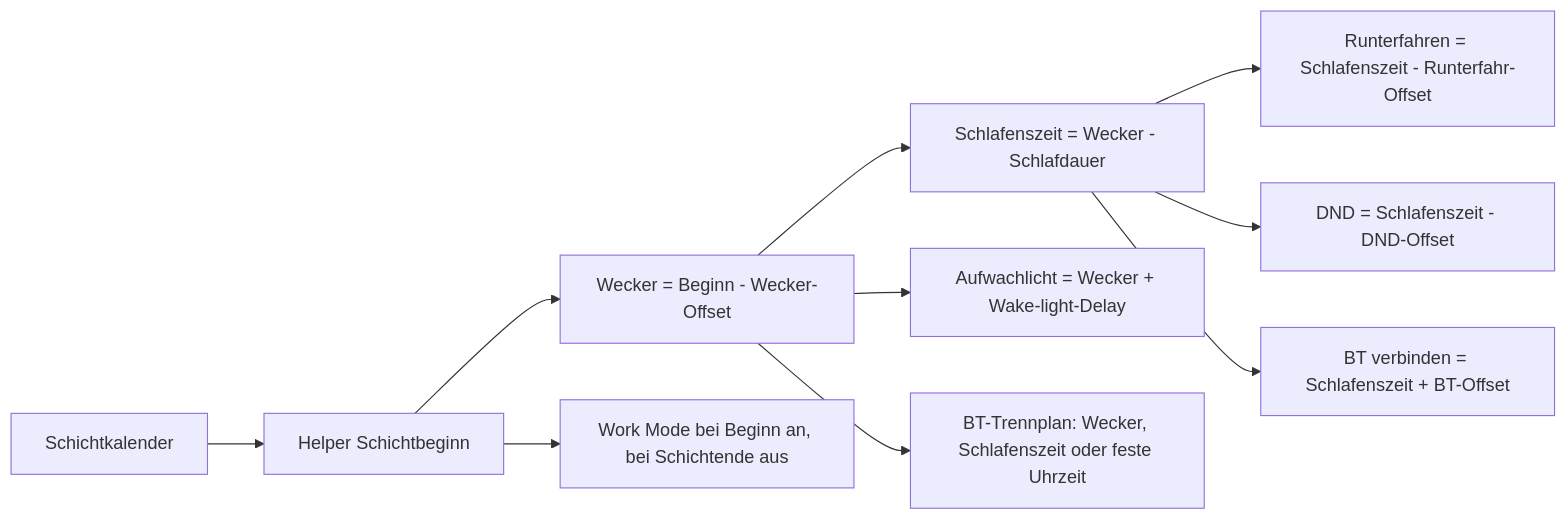
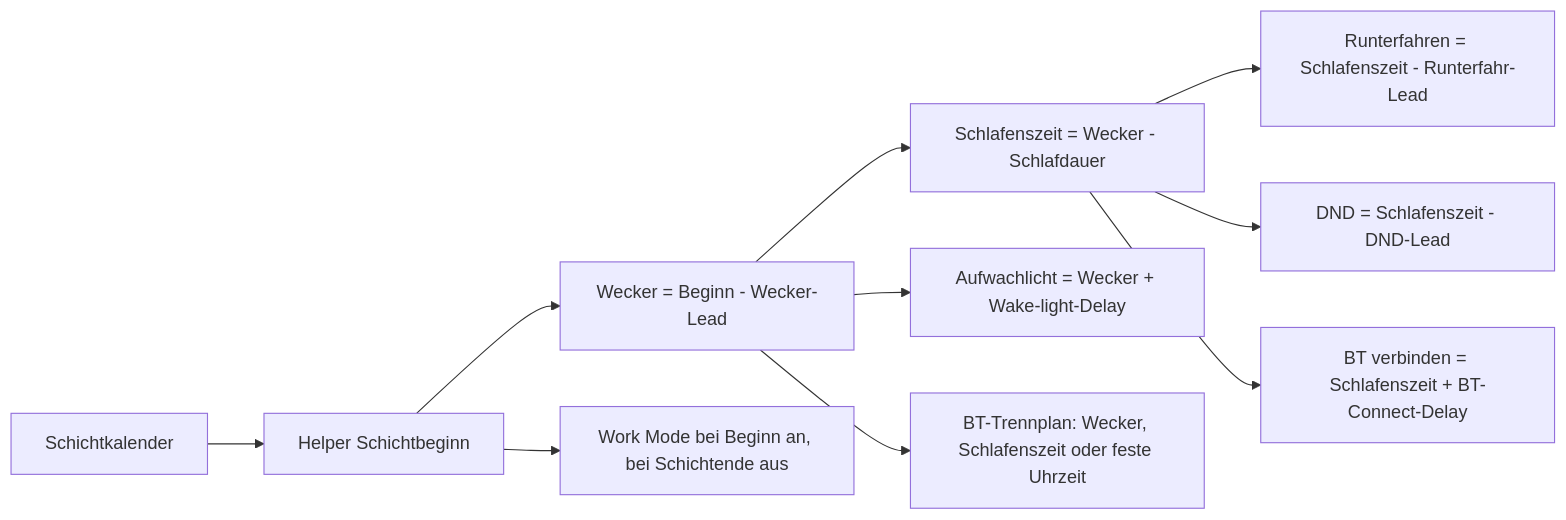
The second of 3 diagrams in README.de.md (theniwo/homeassistant), drawn with Mermaid before and after one commit. The commit also changed other lines of this file and 4 other files, not shown here.

Commit message:
✨ refactor(helpers): clarify lead and delay names

````diff
--- a/README.de.md
+++ b/README.de.md
@@ -61,12 +63,12 @@
 ```mermaid
 flowchart LR
     C[Schichtkalender] --> S[Helper Schichtbeginn]
-    S --> A[Wecker = Beginn - Wecker-Offset]
+    S --> A[Wecker = Beginn - Wecker-Lead]
     A --> B[Schlafenszeit = Wecker - Schlafdauer]
     A --> L[Aufwachlicht = Wecker + Wake-light-Delay]
-    B --> W[Runterfahren = Schlafenszeit - Runterfahr-Offset]
-    B --> D[DND = Schlafenszeit - DND-Offset]
-    B --> BC[BT verbinden = Schlafenszeit + BT-Offset]
+    B --> W[Runterfahren = Schlafenszeit - Runterfahr-Lead]
+    B --> D[DND = Schlafenszeit - DND-Lead]
+    B --> BC[BT verbinden = Schlafenszeit + BT-Connect-Delay]
     A --> BD[BT-Trennplan: Wecker, Schlafenszeit oder feste Uhrzeit]
     S --> M[Work Mode bei Beginn an, bei Schichtende aus]
 ```
````
